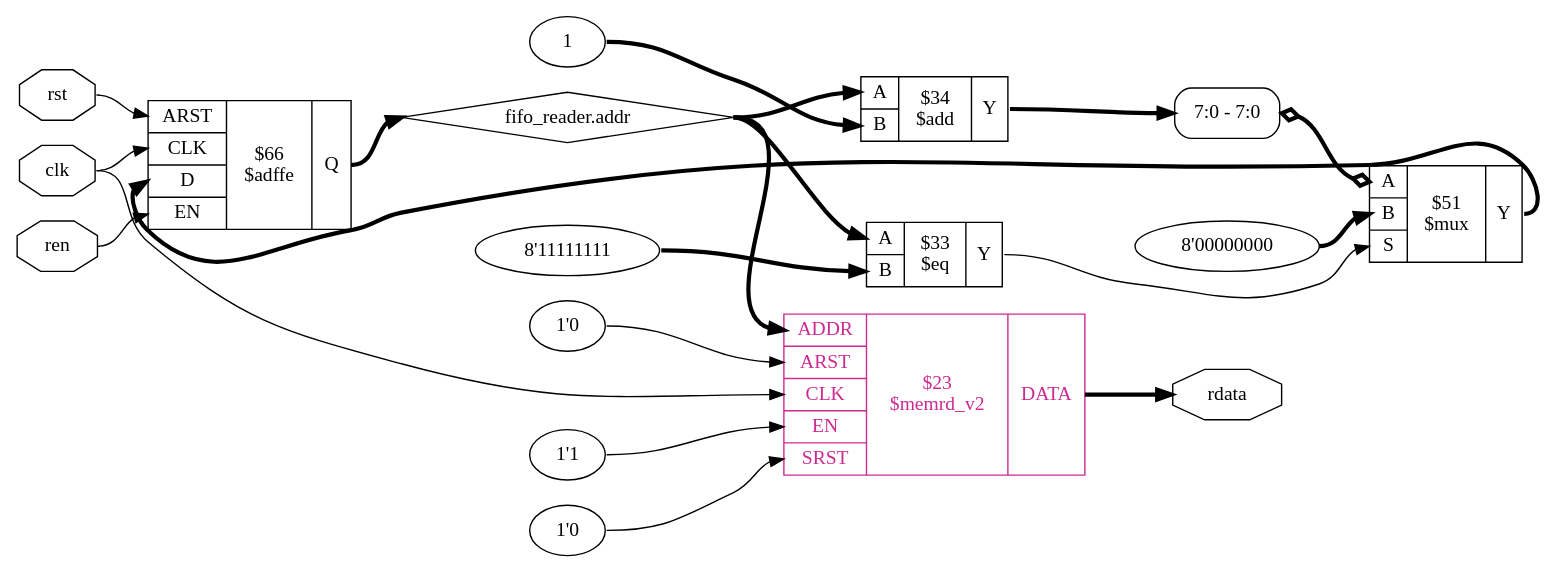
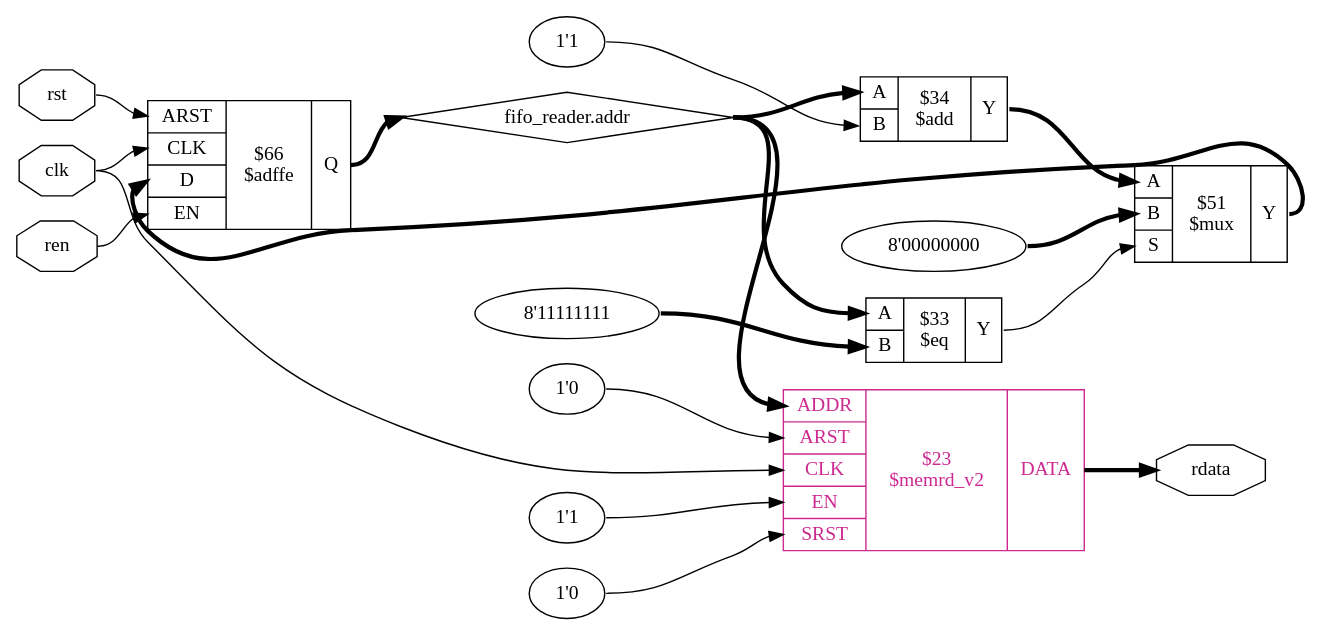
The diagram in source/_images/code_examples/fifo/rdata_memrdv2.dot (YosysHQ-Docs/yosys-cmd-ref), drawn with Graphviz before and after one commit. The commit also changed 54 other files, not shown here.

```diff
--- a/source/_images/code_examples/fifo/rdata_memrdv2.dot
+++ b/source/_images/code_examples/fifo/rdata_memrdv2.dot
@@ -1,40 +1,38 @@
 digraph "fifo" {
 rankdir="LR";
 remincross=true;
 n4 [ shape=octagon, label="clk", color="black", fontcolor="black" ];
 n5 [ shape=diamond, label="fifo_reader.addr", color="black", fontcolor="black" ];
 n6 [ shape=octagon, label="rdata", color="black", fontcolor="black" ];
 n7 [ shape=octagon, label="ren", color="black", fontcolor="black" ];
 n8 [ shape=octagon, label="rst", color="black", fontcolor="black" ];
-v0 [ label="1" ];
-c12 [ shape=record, label="{{<p9> A|<p10> B}|$34\n$add|{<p11> Y}}",  ];
+c14 [ shape=record, label="{{<p9> ARST|<p10> CLK|<p11> D|<p12> EN}|$66\n$adffe|{<p13> Q}}",  ];
+v0 [ label="1'1" ];
+c18 [ shape=record, label="{{<p15> A|<p16> B}|$34\n$add|{<p17> Y}}",  ];
 v1 [ label="8'11111111" ];
-c13 [ shape=record, label="{{<p9> A|<p10> B}|$33\n$eq|{<p11> Y}}",  ];
-c19 [ shape=record, label="{{<p14> ARST|<p15> CLK|<p16> D|<p17> EN}|$66\n$adffe|{<p18> Q}}",  ];
-v3 [ label="8'00000000" ];
-c21 [ shape=record, label="{{<p9> A|<p10> B|<p20> S}|$51\n$mux|{<p11> Y}}",  ];
-x2 [ shape=record, style=rounded, label="<s0> 7:0 - 7:0 ", color="black", fontcolor="black" ];
-x2:e -> c21:p9:w [arrowhead=odiamond, arrowtail=odiamond, dir=both, color="black", fontcolor="black", style="setlinewidth(3)", label=""];
+c19 [ shape=record, label="{{<p15> A|<p16> B}|$33\n$eq|{<p17> Y}}",  ];
+v2 [ label="8'00000000" ];
+c21 [ shape=record, label="{{<p15> A|<p16> B|<p20> S}|$51\n$mux|{<p17> Y}}",  ];
+v3 [ label="1'0" ];
 v4 [ label="1'0" ];
-v5 [ label="1'0" ];
-v6 [ label="1'1" ];
-c25 [ shape=record, label="{{<p22> ADDR|<p14> ARST|<p15> CLK|<p17> EN|<p23> SRST}|$23\n$memrd_v2|{<p24> DATA}}", color="maroon3", fontcolor="maroon3" ];
-c12:p11:e -> x2:s0:w [color="black", fontcolor="black", style="setlinewidth(3)", label=""];
-c13:p11:e -> c21:p20:w [color="black", fontcolor="black", label=""];
-c21:p11:e -> c19:p16:w [color="black", fontcolor="black", style="setlinewidth(3)", label=""];
-n4:e -> c19:p15:w [color="black", fontcolor="black", label=""];
-n4:e -> c25:p15:w [color="black", fontcolor="black", label=""];
-c19:p18:e -> n5:w [color="black", fontcolor="black", style="setlinewidth(3)", label=""];
-n5:e -> c12:p9:w [color="black", fontcolor="black", style="setlinewidth(3)", label=""];
-n5:e -> c13:p9:w [color="black", fontcolor="black", style="setlinewidth(3)", label=""];
+v5 [ label="1'1" ];
+c25 [ shape=record, label="{{<p22> ADDR|<p9> ARST|<p10> CLK|<p12> EN|<p23> SRST}|$23\n$memrd_v2|{<p24> DATA}}", color="maroon3", fontcolor="maroon3" ];
+c18:p17:e -> c21:p15:w [color="black", fontcolor="black", style="setlinewidth(3)", label=""];
+c19:p17:e -> c21:p20:w [color="black", fontcolor="black", label=""];
+c21:p17:e -> c14:p11:w [color="black", fontcolor="black", style="setlinewidth(3)", label=""];
+n4:e -> c14:p10:w [color="black", fontcolor="black", label=""];
+n4:e -> c25:p10:w [color="black", fontcolor="black", label=""];
+c14:p13:e -> n5:w [color="black", fontcolor="black", style="setlinewidth(3)", label=""];
+n5:e -> c18:p15:w [color="black", fontcolor="black", style="setlinewidth(3)", label=""];
+n5:e -> c19:p15:w [color="black", fontcolor="black", style="setlinewidth(3)", label=""];
 n5:e -> c25:p22:w [color="black", fontcolor="black", style="setlinewidth(3)", label=""];
 c25:p24:e -> n6:w [color="black", fontcolor="black", style="setlinewidth(3)", label=""];
-n7:e -> c19:p17:w [color="black", fontcolor="black", label=""];
-n8:e -> c19:p14:w [color="black", fontcolor="black", label=""];
-v0:e -> c12:p10:w [color="black", fontcolor="black", style="setlinewidth(3)", label=""];
-v1:e -> c13:p10:w [color="black", fontcolor="black", style="setlinewidth(3)", label=""];
-v3:e -> c21:p10:w [color="black", fontcolor="black", style="setlinewidth(3)", label=""];
-v4:e -> c25:p23:w [color="black", fontcolor="black", label=""];
-v5:e -> c25:p14:w [color="black", fontcolor="black", label=""];
-v6:e -> c25:p17:w [color="black", fontcolor="black", label=""];
+n7:e -> c14:p12:w [color="black", fontcolor="black", label=""];
+n8:e -> c14:p9:w [color="black", fontcolor="black", label=""];
+v0:e -> c18:p16:w [color="black", fontcolor="black", label=""];
+v1:e -> c19:p16:w [color="black", fontcolor="black", style="setlinewidth(3)", label=""];
+v2:e -> c21:p16:w [color="black", fontcolor="black", style="setlinewidth(3)", label=""];
+v3:e -> c25:p23:w [color="black", fontcolor="black", label=""];
+v4:e -> c25:p9:w [color="black", fontcolor="black", label=""];
+v5:e -> c25:p12:w [color="black", fontcolor="black", label=""];
 }
```
